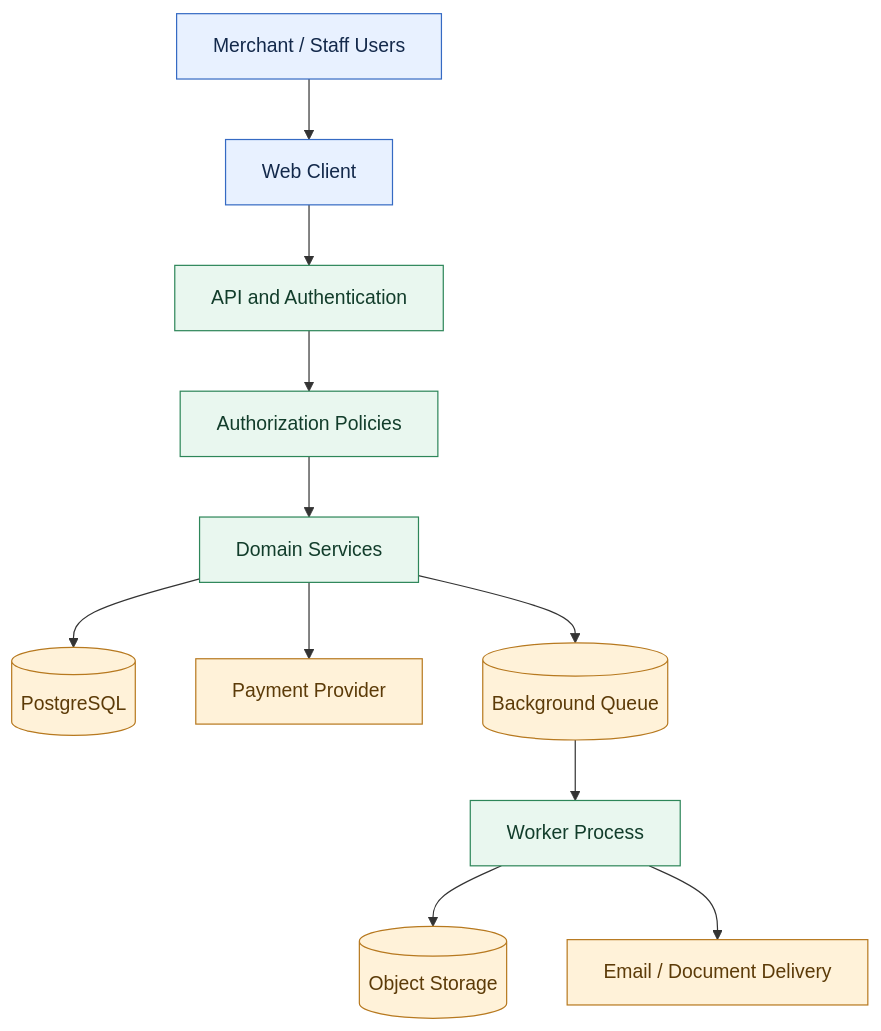
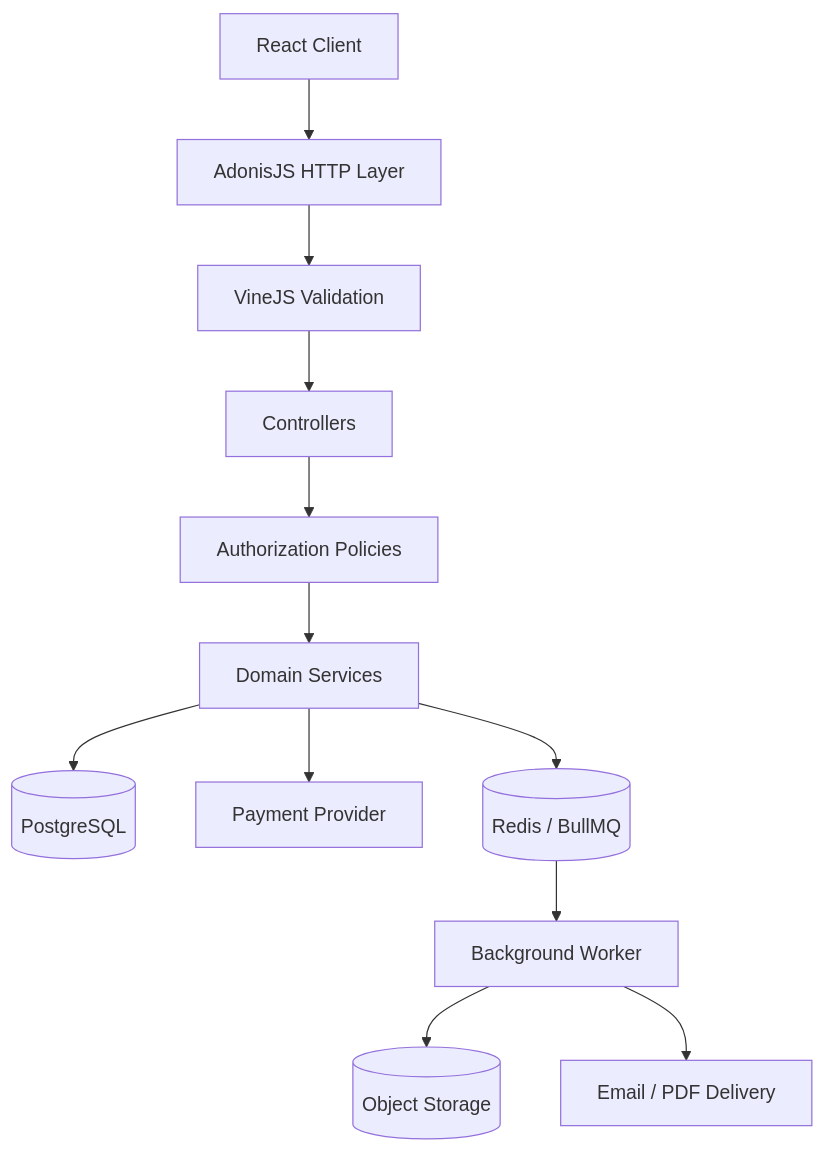
One commit to Nawaz393/enterprise-retail-saas-architecture changed the diagram in README.md. Above: the diagram before and after it, drawn with Mermaid. The commit also changed other lines of this file and 21 other files, not shown here.

First line of the commit message:
Refactor documentation and diagrams for clarity and accuracy

````diff
--- a/README.md
+++ b/README.md
@@ -21,20 +18,14 @@
 ```mermaid
 flowchart TB
-    USER[Merchant / Staff Users] --> WEB[Web Client]
-    WEB --> API[API and Authentication]
-    API --> POLICY[Authorization Policies]
+    CLIENT[React Client] --> HTTP[AdonisJS HTTP Layer]
+    HTTP --> VALIDATE[VineJS Validation]
+    VALIDATE --> CTRL[Controllers]
+    CTRL --> POLICY[Authorization Policies]
     POLICY --> DOMAIN[Domain Services]
-    DOMAIN --> DB[(PostgreSQL)]
-    DOMAIN --> PAYMENT[Payment Provider]
-    DOMAIN --> QUEUE[(Background Queue)]
-    QUEUE --> WORKER[Worker Process]
-    WORKER --> STORAGE[(Object Storage)]
-    WORKER --> NOTIFY[Email / Document Delivery]
-
-    classDef client fill:#e8f1ff,stroke:#356ac3,color:#13294b
-    classDef app fill:#e9f7ef,stroke:#2d8659,color:#123d2b
-    classDef data fill:#fff2d9,stroke:#b7791f,color:#5c3b08
-    class USER,WEB client
-    class API,POLICY,DOMAIN,WORKER app
-    class DB,PAYMENT,QUEUE,STORAGE,NOTIFY data
+    DOMAIN --> PG[(PostgreSQL)]
+    DOMAIN --> PAY[Payment Provider]
+    DOMAIN --> REDIS[(Redis / BullMQ)]
+    REDIS --> WORKER[Background Worker]
+    WORKER --> S3[(Object Storage)]
+    WORKER --> EMAIL[Email / PDF Delivery]
 ```
````
